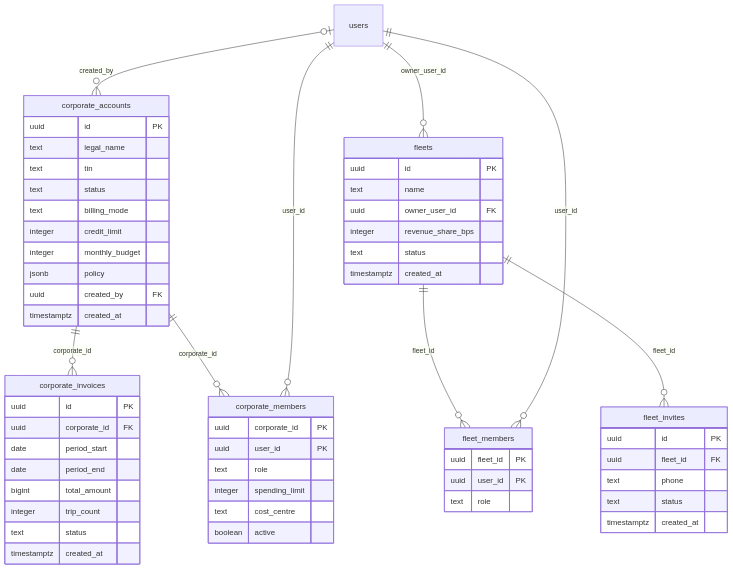
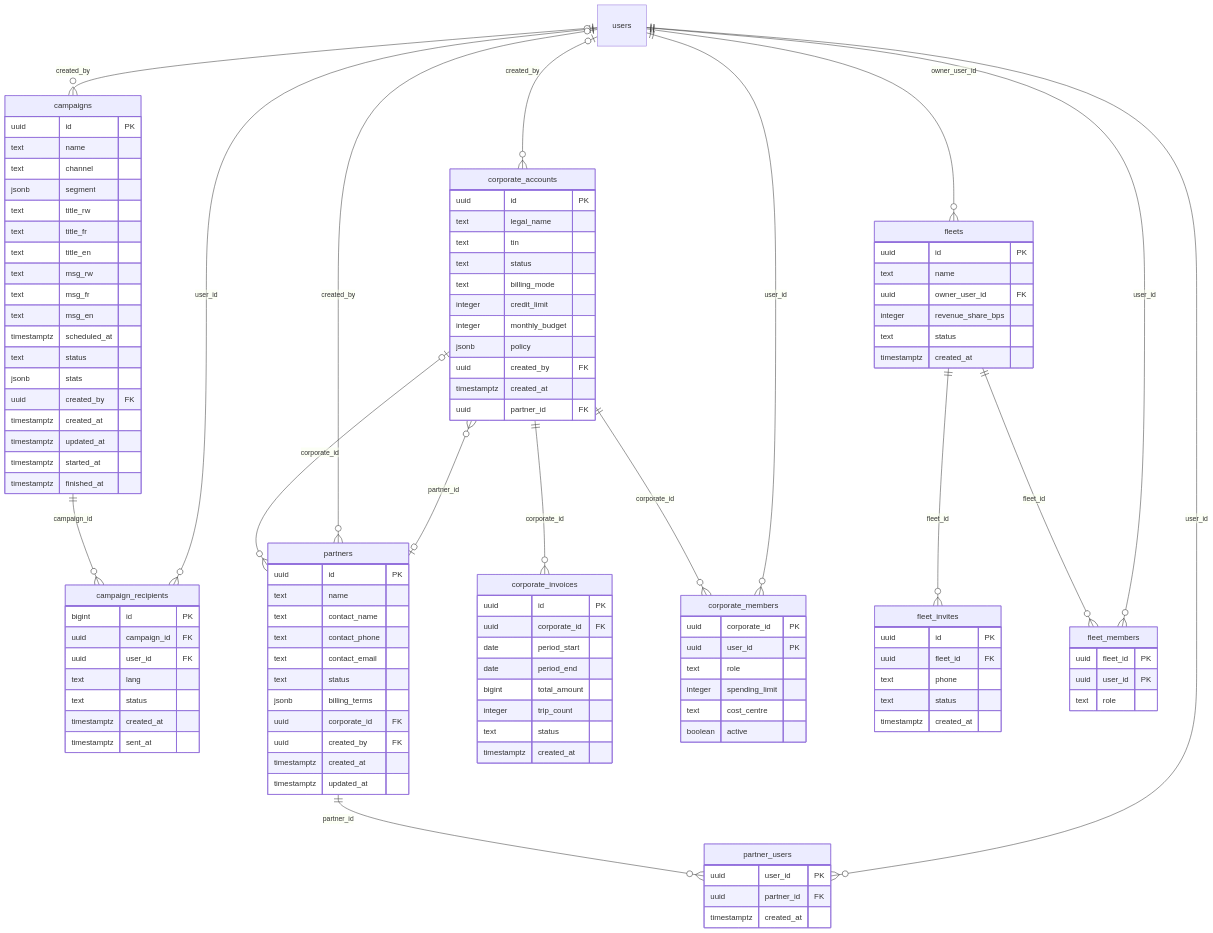
Before and after one commit to Eribangi05/haifa-bms: the sixth of 10 diagrams in rwanda-mobility/docs/ERD.md, drawn with Mermaid. The commit also changed other lines of this file and 1 other file, not shown here.

First line of the commit message:
Docs: regenerate ERD for migrations 009-017 (97 tables) and map new tables to modules

````diff
--- a/rwanda-mobility/docs/ERD.md
+++ b/rwanda-mobility/docs/ERD.md
@@ -512,6 +901,10 @@
 ```mermaid
 erDiagram
+  campaigns ||--o{ campaign_recipients : "campaign_id"
+  users ||--o{ campaign_recipients : "user_id"
+  users |o--o{ campaigns : "created_by"
   users |o--o{ corporate_accounts : "created_by"
+  partners |o--o{ corporate_accounts : "partner_id"
   corporate_accounts ||--o{ corporate_invoices : "corporate_id"
   corporate_accounts ||--o{ corporate_members : "corporate_id"
   users ||--o{ corporate_members : "user_id"
@@ -519,6 +912,10 @@
   fleets ||--o{ fleet_members : "fleet_id"
   users ||--o{ fleet_members : "user_id"
   users ||--o{ fleets : "owner_user_id"
+  partners ||--o{ partner_users : "partner_id"
+  users ||--o{ partner_users : "user_id"
+  corporate_accounts |o--o{ partners : "corporate_id"
+  users |o--o{ partners : "created_by"
   fleets {
     uuid id PK
     text name
@@ -550,6 +947,7 @@
     jsonb policy
     uuid created_by FK
     timestamptz created_at
+    uuid partner_id FK
   }
   corporate_members {
     uuid corporate_id PK
@@ -569,4 +967,51 @@
     text status
     timestamptz created_at
   }
+  partners {
+    uuid id PK
+    text name
+    text contact_name
+    text contact_phone
+    text contact_email
+    text status
+    jsonb billing_terms
+    uuid corporate_id FK
+    uuid created_by FK
+    timestamptz created_at
+    timestamptz updated_at
+  }
+  partner_users {
+    uuid user_id PK
+    uuid partner_id FK
+    timestamptz created_at
+  }
+  campaigns {
+    uuid id PK
+    text name
+    text channel
+    jsonb segment
+    text title_rw
+    text title_fr
+    text title_en
+    text msg_rw
+    text msg_fr
+    text msg_en
+    timestamptz scheduled_at
+    text status
+    jsonb stats
+    uuid created_by FK
+    timestamptz created_at
+    timestamptz updated_at
+    timestamptz started_at
+    timestamptz finished_at
+  }
+  campaign_recipients {
+    bigint id PK
+    uuid campaign_id FK
+    uuid user_id FK
+    text lang
+    text status
+    timestamptz created_at
+    timestamptz sent_at
+  }
 ```
````
